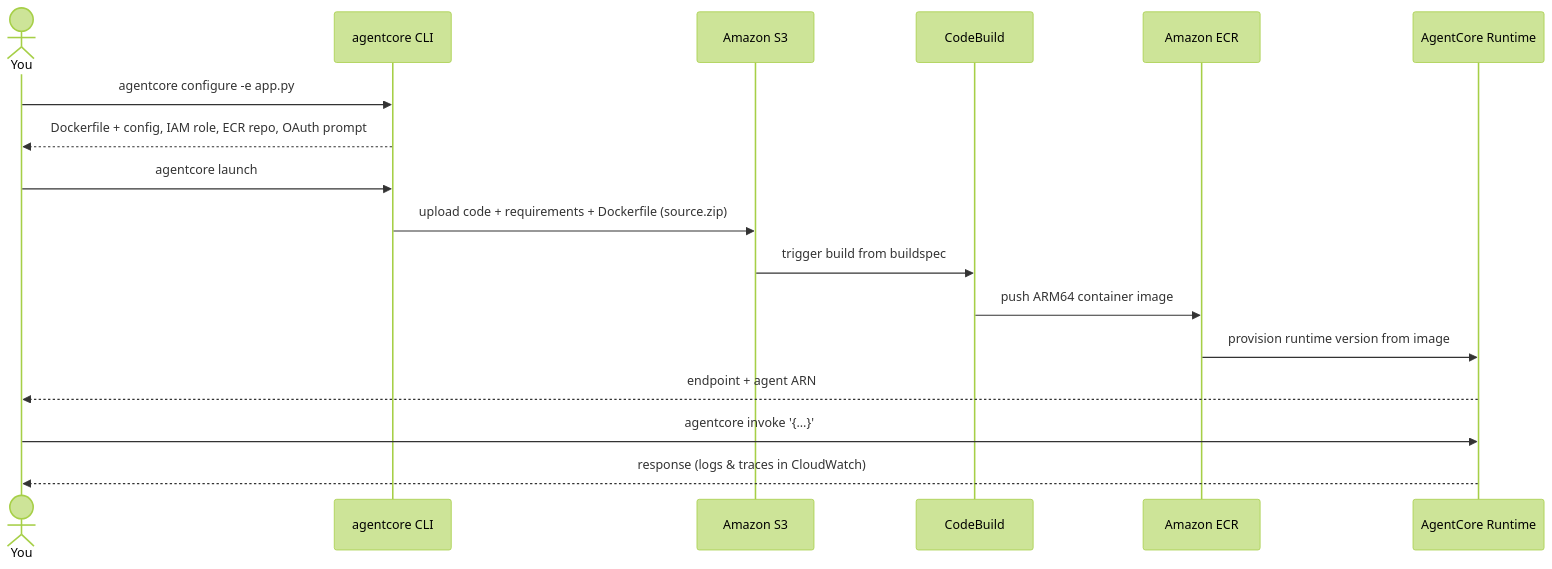
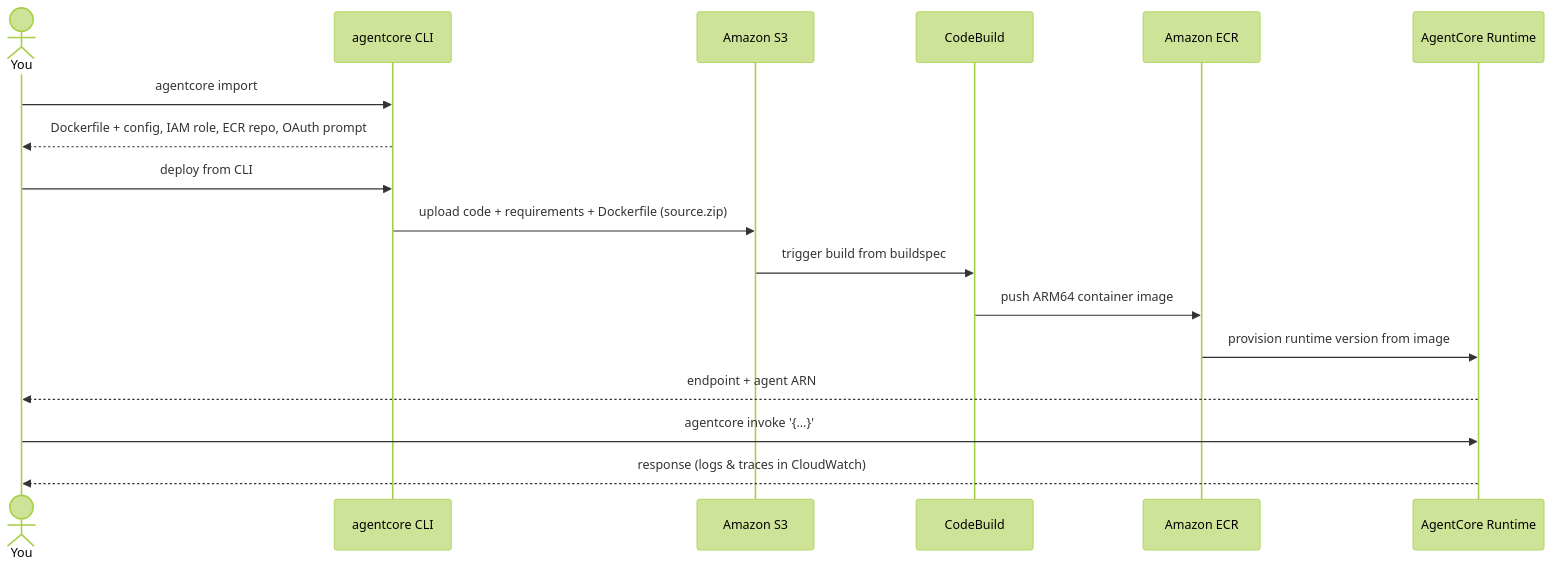
One commit to KiranGunturu/strands-agents changed the fifth of 6 diagrams in README.md. Above: the diagram before and after it, drawn with Mermaid (forest theme). The commit also changed other lines of this file and 19 other files, not shown here.

````diff
--- a/README.md
+++ b/README.md
@@ -273,19 +267,19 @@
 ```mermaid
 sequenceDiagram
     actor Dev as You
     participant CLI as agentcore CLI
     participant S3 as Amazon S3
     participant CB as CodeBuild
     participant ECR as Amazon ECR
     participant RT as AgentCore Runtime
-    Dev->>CLI: agentcore configure -e app.py
+    Dev->>CLI: agentcore import
     CLI-->>Dev: Dockerfile + config, IAM role, ECR repo, OAuth prompt
-    Dev->>CLI: agentcore launch
+    Dev->>CLI: deploy from CLI
     CLI->>S3: upload code + requirements + Dockerfile (source.zip)
     S3->>CB: trigger build from buildspec
     CB->>ECR: push ARM64 container image
     ECR->>RT: provision runtime version from image
     RT-->>Dev: endpoint + agent ARN
     Dev->>RT: agentcore invoke '{...}'
     RT-->>Dev: response (logs & traces in CloudWatch)
 ```
````
